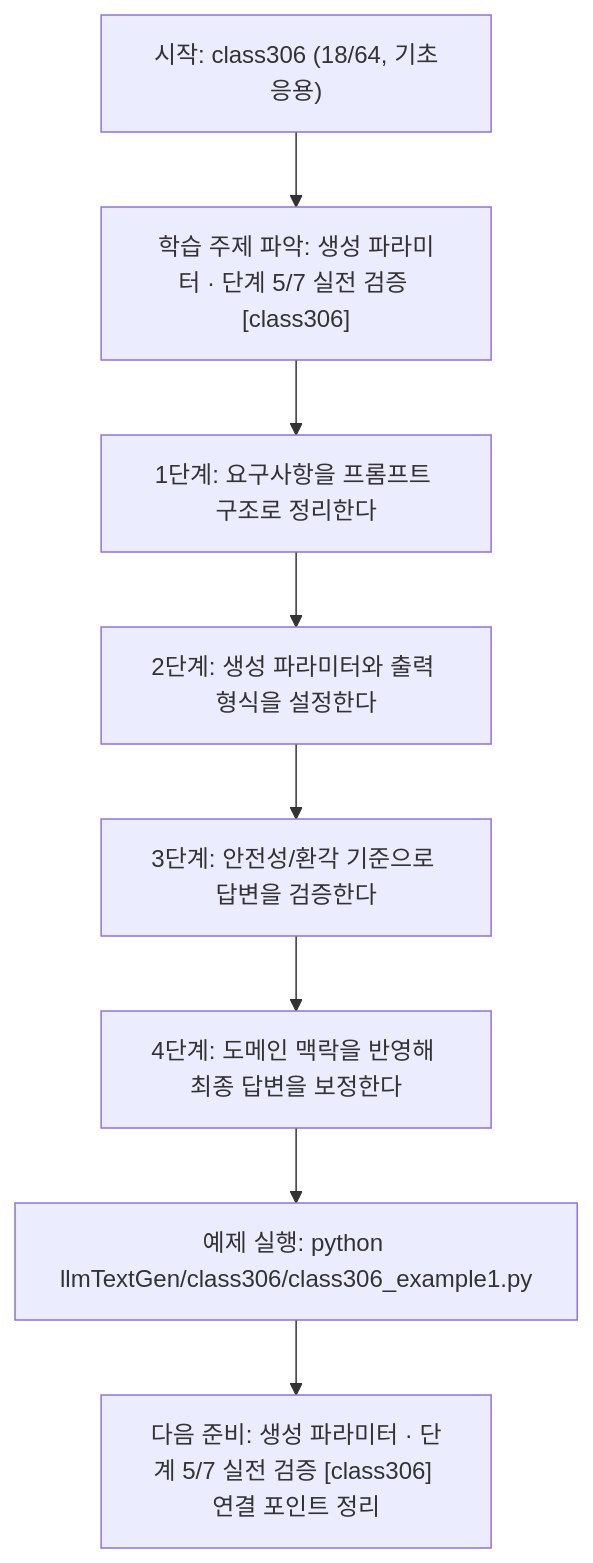
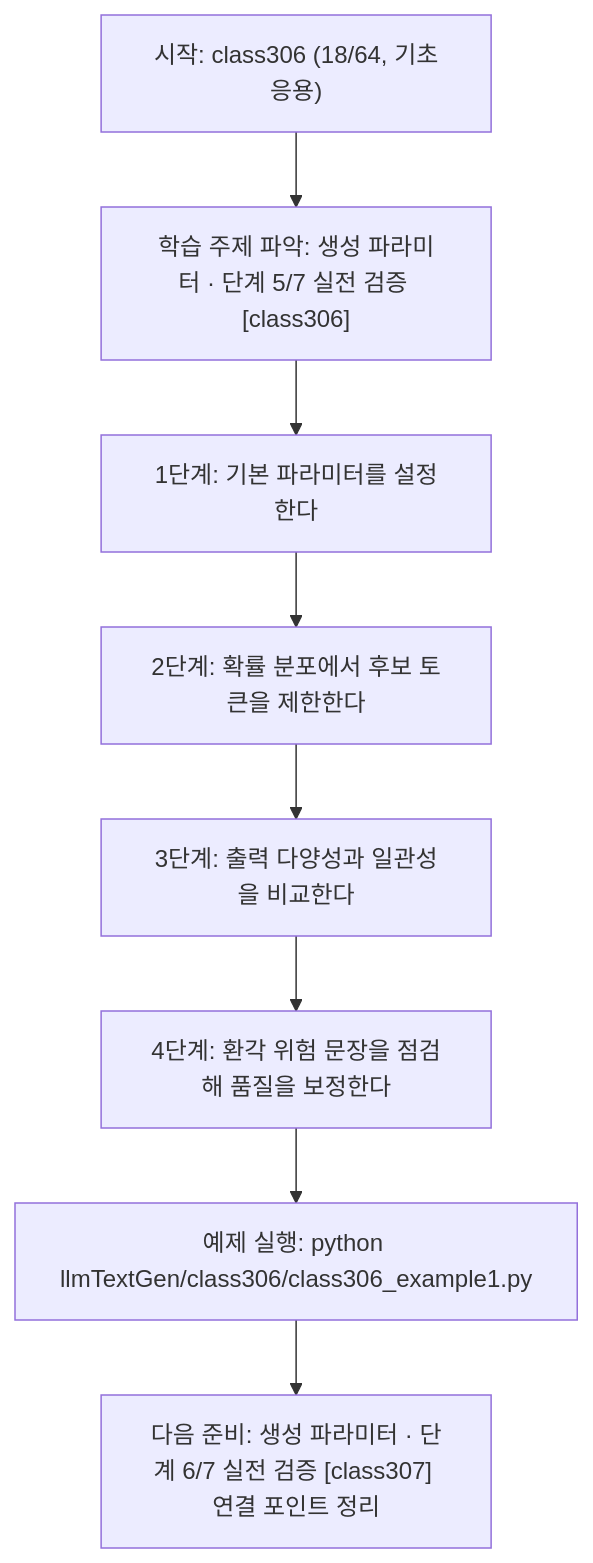
Before and after one commit to edumgt/Python-AI_Agent-Class: the diagram in llmTextGen/class306/class306.md, drawn with Mermaid. The commit also changed other lines of this file and 451 other files, not shown here.

````diff
--- a/llmTextGen/class306/class306.md
+++ b/llmTextGen/class306/class306.md
@@ -113,18 +95,18 @@
 ```mermaid
 flowchart TD
 N1["시작: class306 (18/64, 기초응용)"]
 N2["학습 주제 파악: 생성 파라미터 · 단계 5/7 실전 검증 [class306]"]
-N3["1단계: 요구사항을 프롬프트 구조로 정리한다"]
-N4["2단계: 생성 파라미터와 출력 형식을 설정한다"]
-N5["3단계: 안전성/환각 기준으로 답변을 검증한다"]
-N6["4단계: 도메인 맥락을 반영해 최종 답변을 보정한다"]
+N3["1단계: 기본 파라미터를 설정한다"]
+N4["2단계: 확률 분포에서 후보 토큰을 제한한다"]
+N5["3단계: 출력 다양성과 일관성을 비교한다"]
+N6["4단계: 환각 위험 문장을 점검해 품질을 보정한다"]
 N7["예제 실행: python llmTextGen/class306/class306_example1.py"]
-N8["다음 준비: 생성 파라미터 · 단계 5/7 실전 검증 [class306] 연결 포인트 정리"]
+N8["다음 준비: 생성 파라미터 · 단계 6/7 실전 검증 [class307] 연결 포인트 정리"]
 N1 --> N2
 N2 --> N3
 N3 --> N4
 N4 --> N5
 N5 --> N6
 N6 --> N7
 N7 --> N8
 ```
````
